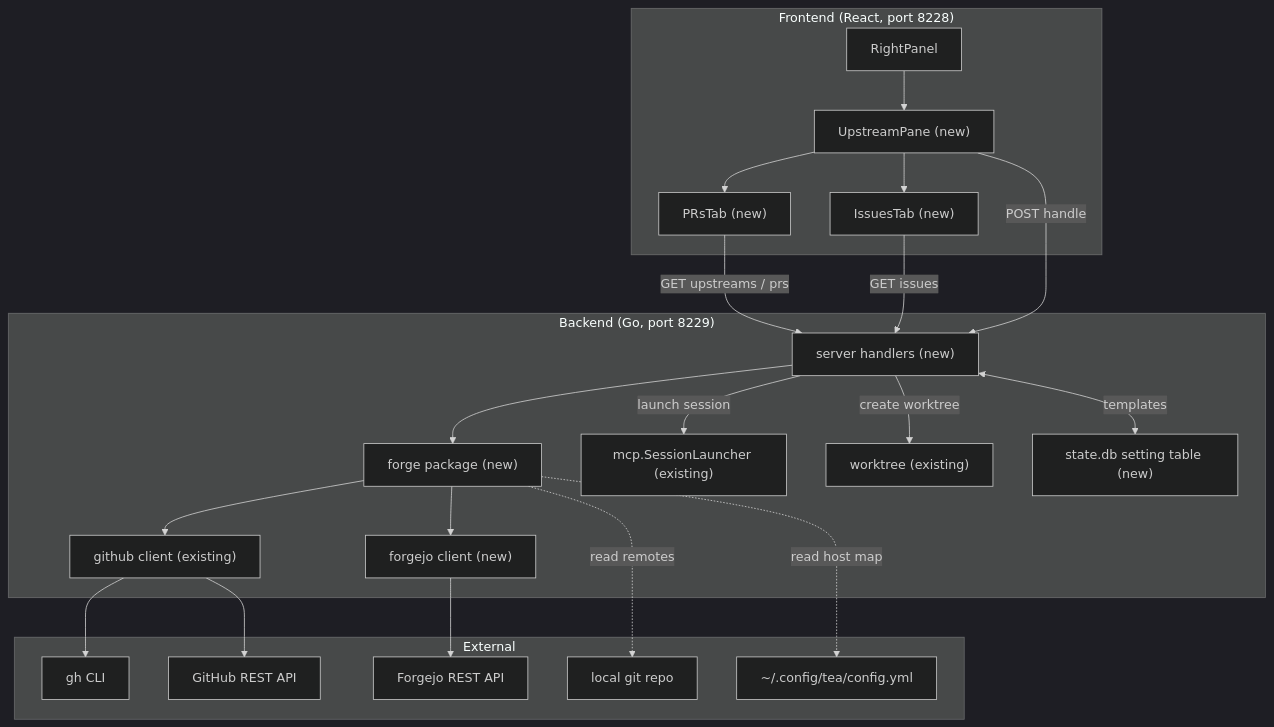
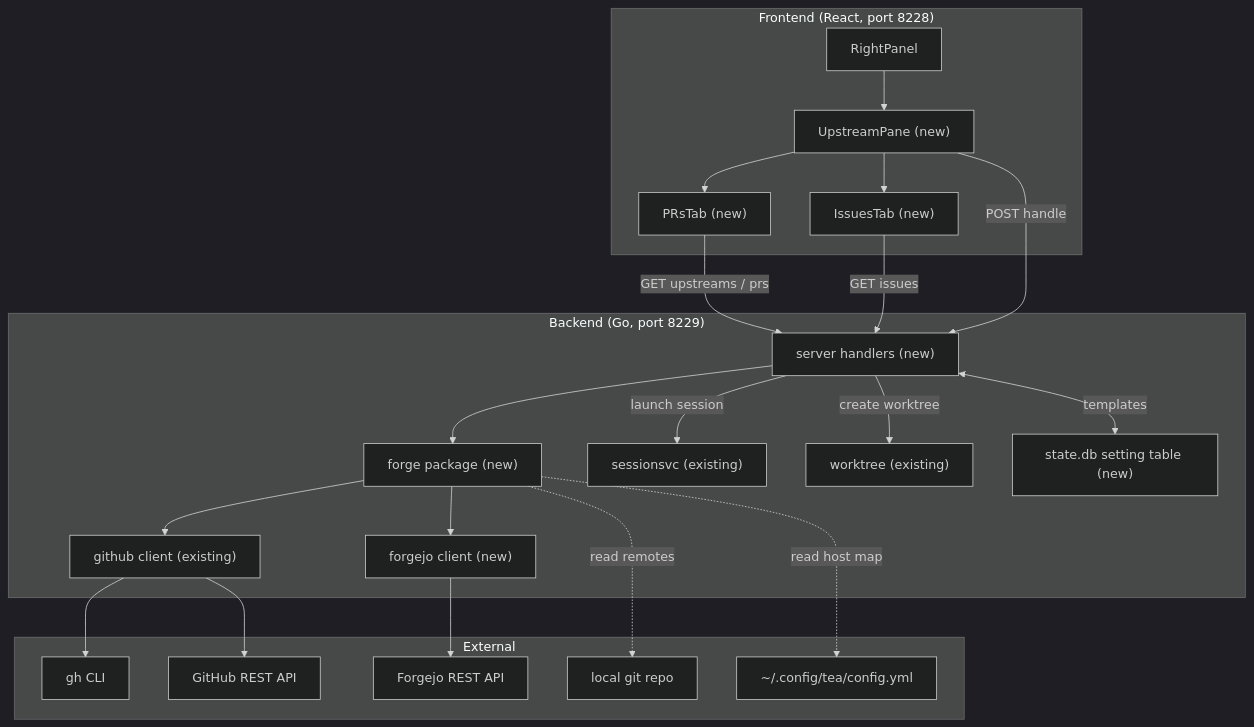
The first of 7 diagrams in spec/pr-issue-sidebar/architecture.md (ocman/ocman), drawn with Mermaid (dark theme) before and after one commit. The commit also changed other lines of this file and 80 other files, not shown here.

Commit message:
refactor: remove MCP session management

````diff
--- a/spec/pr-issue-sidebar/architecture.md
+++ b/spec/pr-issue-sidebar/architecture.md
@@ -42,47 +42,47 @@
 ```mermaid
 graph TD
     subgraph Frontend["Frontend (React, port 8228)"]
         RP["RightPanel"]
         UP["UpstreamPane (new)"]
         PRT["PRsTab (new)"]
         IST["IssuesTab (new)"]
         RP --> UP
         UP --> PRT
         UP --> IST
     end
 
     subgraph Backend["Backend (Go, port 8229)"]
         H["server handlers (new)"]
         FR["forge package (new)"]
         FRG["forgejo client (new)"]
         GHC["github client (existing)"]
         WT["worktree (existing)"]
-        SL["mcp.SessionLauncher (existing)"]
+        SS["sessionsvc (existing)"]
         ST["state.db setting table (new)"]
     end
 
     subgraph External["External"]
         GH["GitHub REST API"]
         FJ["Forgejo REST API"]
         Tea["~/.config/tea/config.yml"]
         GhCLI["gh CLI"]
         Git["local git repo"]
     end
 
     PRT -->|GET upstreams / prs| H
     IST -->|GET issues| H
     UP -->|POST handle| H
 
     H --> FR
     FR --> GHC
     FR --> FRG
     FR -.->|read remotes| Git
     FR -.->|read host map| Tea
     GHC --> GhCLI
     GHC --> GH
     FRG --> FJ
 
-    H -->|launch session| SL
+    H -->|launch session| SS
     H -->|create worktree| WT
     H <-->|templates| ST
 ```
````
